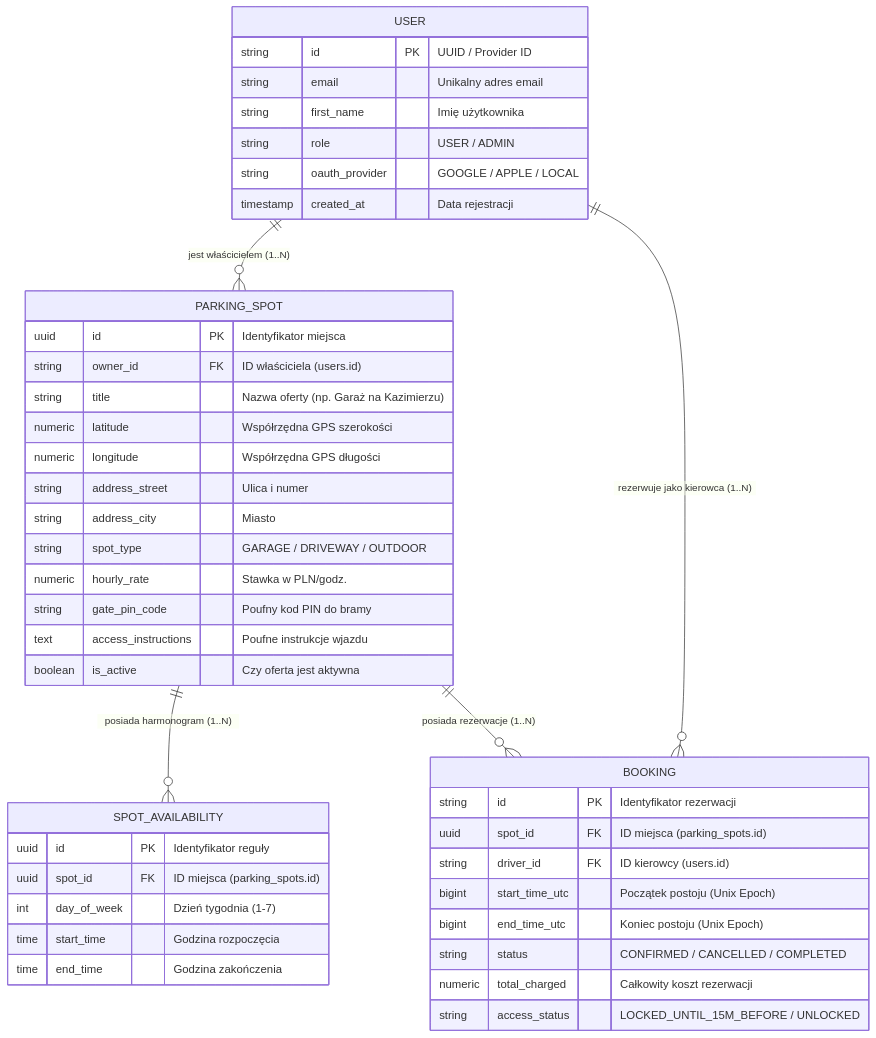
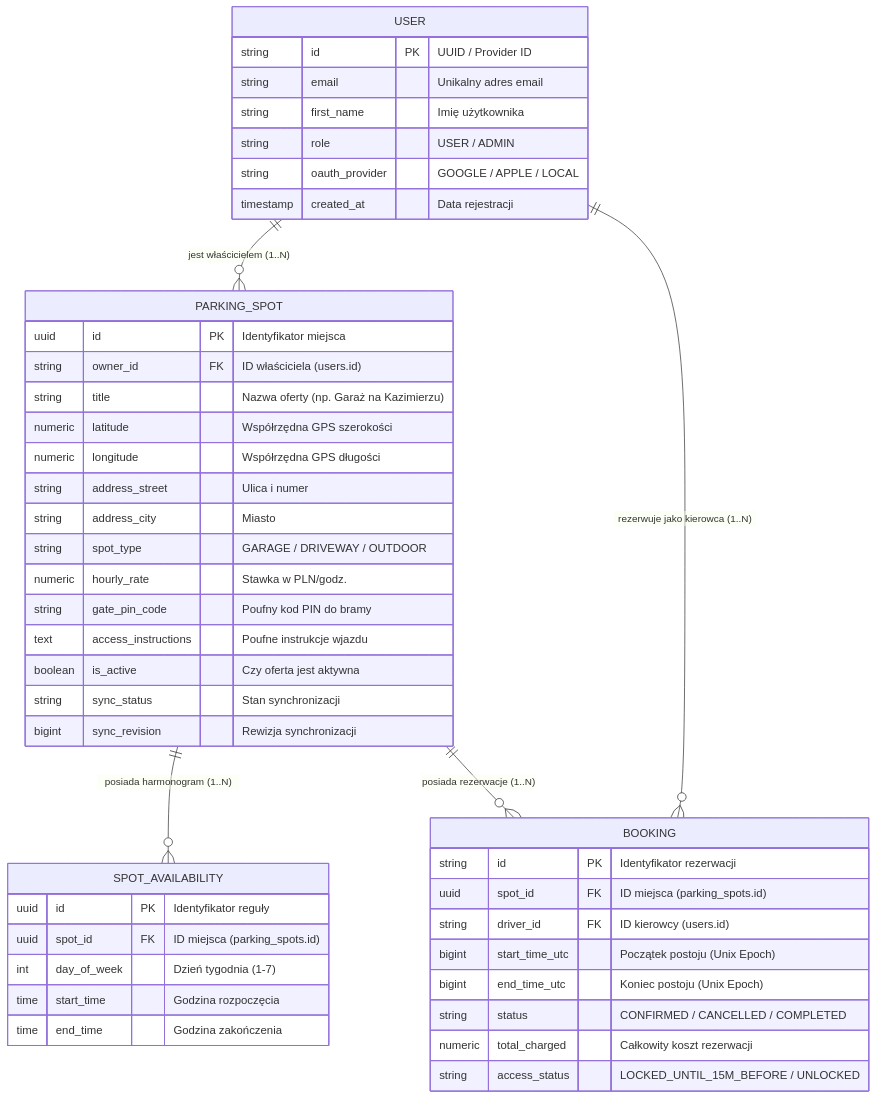
One commit to florep17/Spotlly changed the fourth of 5 diagrams in docs/architecture.md. Above: the diagram before and after it, drawn with Mermaid. The commit also changed other lines of this file and 19 other files, not shown here.

````diff
--- a/docs/architecture.md
+++ b/docs/architecture.md
@@ -153,50 +166,52 @@
 ```mermaid
 erDiagram
     USER ||--o{ PARKING_SPOT : "jest właścicielem (1..N)"
     USER ||--o{ BOOKING : "rezerwuje jako kierowca (1..N)"
     PARKING_SPOT ||--o{ SPOT_AVAILABILITY : "posiada harmonogram (1..N)"
     PARKING_SPOT ||--o{ BOOKING : "posiada rezerwacje (1..N)"
 
     USER {
         string id PK "UUID / Provider ID"
         string email "Unikalny adres email"
         string first_name "Imię użytkownika"
         string role "USER / ADMIN"
         string oauth_provider "GOOGLE / APPLE / LOCAL"
         timestamp created_at "Data rejestracji"
     }
 
     PARKING_SPOT {
         uuid id PK "Identyfikator miejsca"
         string owner_id FK "ID właściciela (users.id)"
         string title "Nazwa oferty (np. Garaż na Kazimierzu)"
         numeric latitude "Współrzędna GPS szerokości"
         numeric longitude "Współrzędna GPS długości"
         string address_street "Ulica i numer"
         string address_city "Miasto"
         string spot_type "GARAGE / DRIVEWAY / OUTDOOR"
         numeric hourly_rate "Stawka w PLN/godz."
         string gate_pin_code "Poufny kod PIN do bramy"
         text access_instructions "Poufne instrukcje wjazdu"
         boolean is_active "Czy oferta jest aktywna"
+        string sync_status "Stan synchronizacji"
+        bigint sync_revision "Rewizja synchronizacji"
     }
 
     SPOT_AVAILABILITY {
         uuid id PK "Identyfikator reguły"
         uuid spot_id FK "ID miejsca (parking_spots.id)"
         int day_of_week "Dzień tygodnia (1-7)"
         time start_time "Godzina rozpoczęcia"
         time end_time "Godzina zakończenia"
     }
 
     BOOKING {
         string id PK "Identyfikator rezerwacji"
         uuid spot_id FK "ID miejsca (parking_spots.id)"
         string driver_id FK "ID kierowcy (users.id)"
         bigint start_time_utc "Początek postoju (Unix Epoch)"
         bigint end_time_utc "Koniec postoju (Unix Epoch)"
         string status "CONFIRMED / CANCELLED / COMPLETED"
         numeric total_charged "Całkowity koszt rezerwacji"
         string access_status "LOCKED_UNTIL_15M_BEFORE / UNLOCKED"
     }
 ```
````
